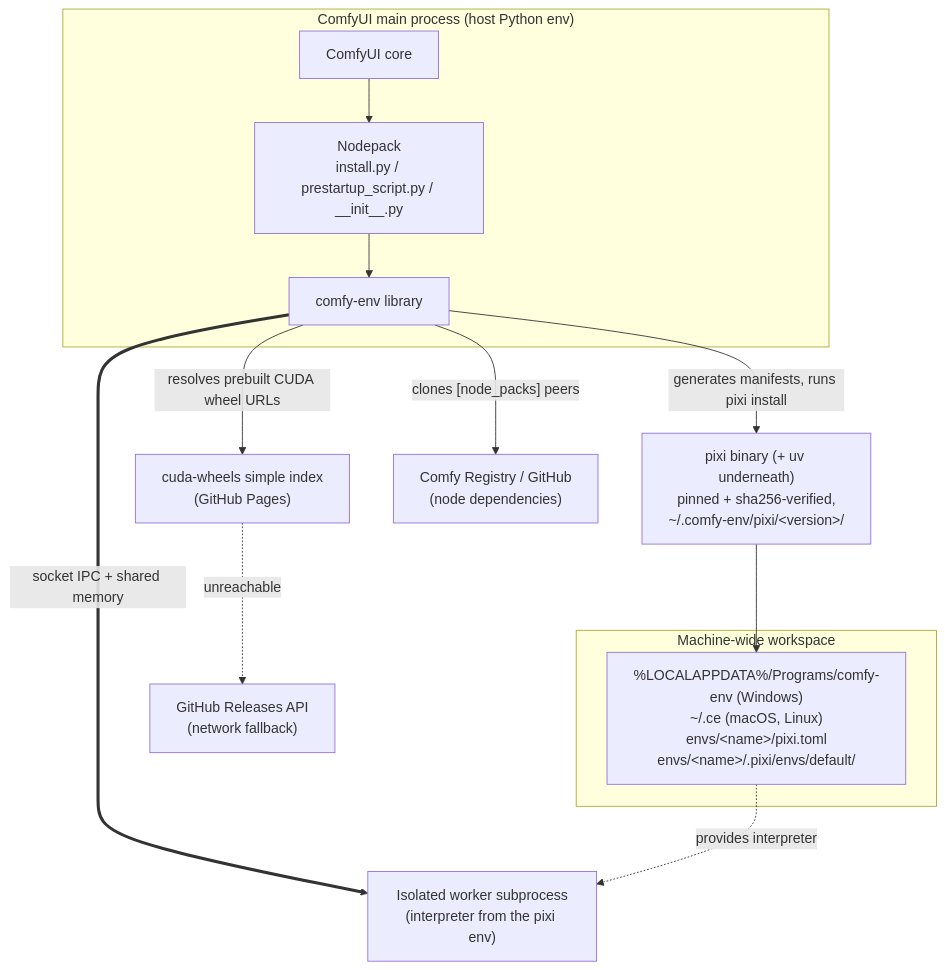
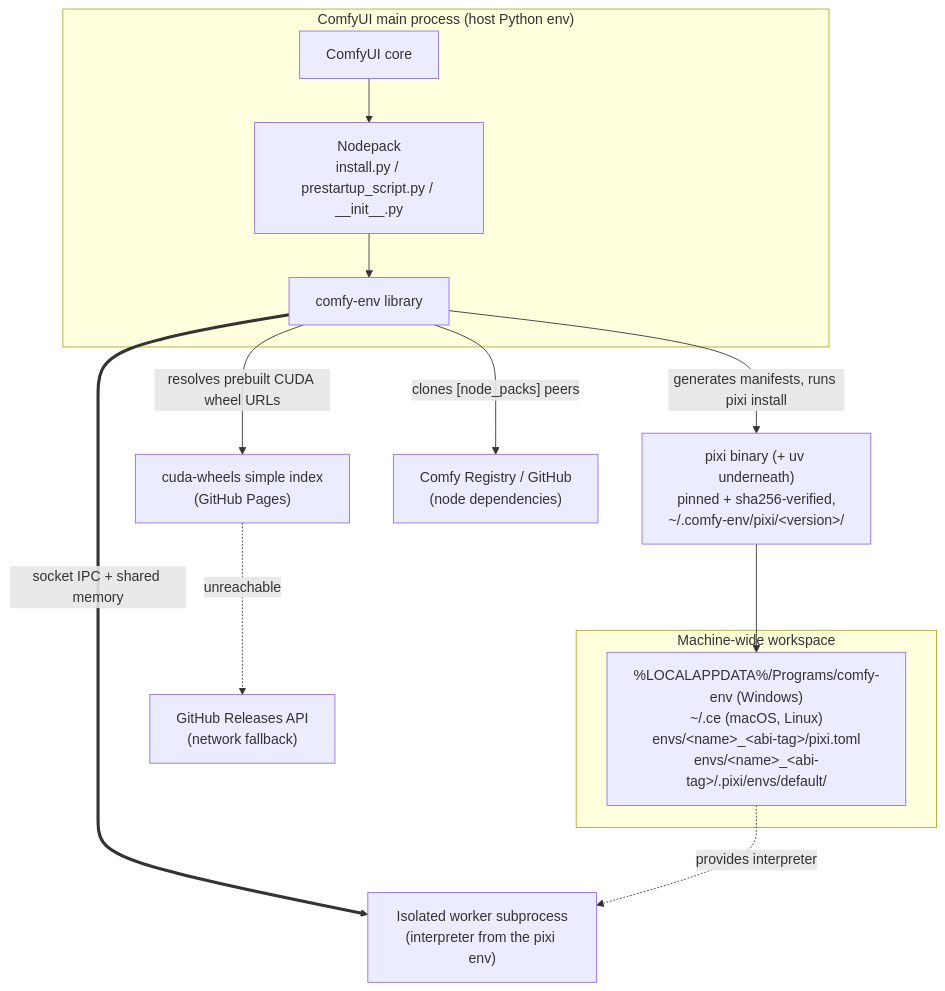
Before and after one commit to Comfy-Forge/comfy-forge-docs: the diagram in docs/comfy-env/index.md, drawn with Mermaid. The commit also changed 37 other files, not shown here.

````diff
--- a/docs/comfy-env/index.md
+++ b/docs/comfy-env/index.md
@@ -159,27 +159,27 @@
 ```mermaid
 flowchart TD
     subgraph host["ComfyUI main process (host Python env)"]
         comfyui["ComfyUI core"]
         pack["Nodepack<br/>install.py / prestartup_script.py / __init__.py"]
         ce["comfy-env library"]
         comfyui --> pack --> ce
     end
 
     subgraph ws["Machine-wide workspace"]
-        env1["%LOCALAPPDATA%/Programs/comfy-env (Windows)<br/>~/.ce (macOS, Linux)<br/>envs/&lt;name&gt;/pixi.toml<br/>envs/&lt;name&gt;/.pixi/envs/default/"]
+        env1["%LOCALAPPDATA%/Programs/comfy-env (Windows)<br/>~/.ce (macOS, Linux)<br/>envs/&lt;name&gt;_&lt;abi-tag&gt;/pixi.toml<br/>envs/&lt;name&gt;_&lt;abi-tag&gt;/.pixi/envs/default/"]
     end
 
     worker["Isolated worker subprocess<br/>(interpreter from the pixi env)"]
     pixi["pixi binary (+ uv underneath)<br/>pinned + sha256-verified,<br/>~/.comfy-env/pixi/&lt;version&gt;/"]
     idx["cuda-wheels simple index<br/>(GitHub Pages)"]
     rel["GitHub Releases API<br/>(network fallback)"]
     reg["Comfy Registry / GitHub<br/>(node dependencies)"]
 
     ce -->|"generates manifests, runs pixi install"| pixi
     pixi --> env1
     ce -->|"resolves prebuilt CUDA wheel URLs"| idx
     idx -.->|"unreachable"| rel
     ce -->|"clones [node_packs] peers"| reg
     ce ==>|"socket IPC + shared memory"| worker
     env1 -.->|"provides interpreter"| worker
 ```
````
